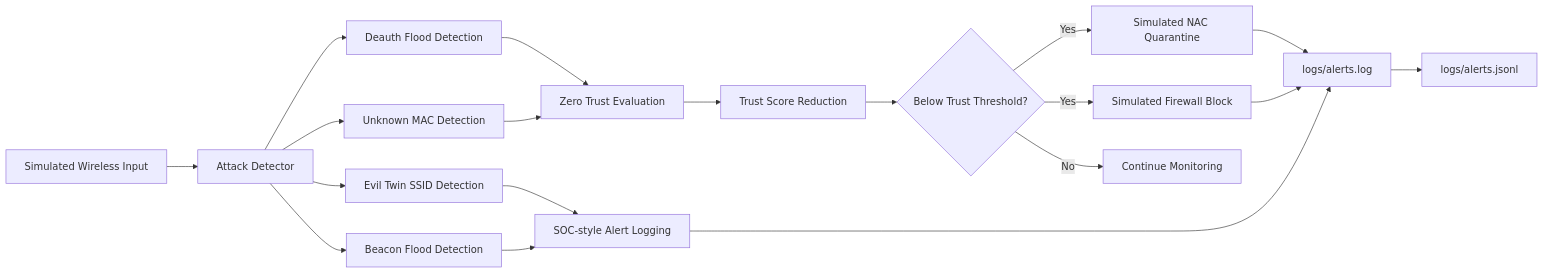
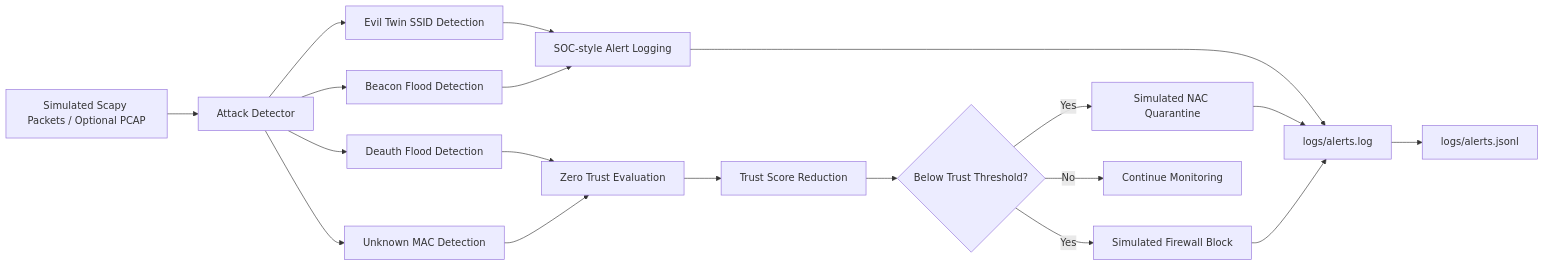
The diagram in README.md (sanyasachdeva1/ZeroTrust-Wireless-Security), drawn with Mermaid before and after one commit. The commit also changed other lines of this file, not shown here.

Commit message:
Fully update README for multi-detection wireless security lab

````diff
--- a/README.md
+++ b/README.md
@@ -41,21 +43,24 @@
 ```mermaid
 flowchart LR
-    A[Simulated Wireless Input] --> B[Attack Detector]
+    A[Simulated Scapy Packets / Optional PCAP] --> B[Attack Detector]
     B --> C[Deauth Flood Detection]
     B --> D[Unknown MAC Detection]
     B --> E[Evil Twin SSID Detection]
     B --> F[Beacon Flood Detection]
+
     C --> G[Zero Trust Evaluation]
     D --> G
     E --> H[SOC-style Alert Logging]
     F --> H
+
     G --> I[Trust Score Reduction]
     I --> J{Below Trust Threshold?}
     J -->|Yes| K[Simulated NAC Quarantine]
     J -->|Yes| L[Simulated Firewall Block]
     J -->|No| M[Continue Monitoring]
-    K --> N[logs/alerts.log]
+
+    H --> N[logs/alerts.log]
+    K --> N
     L --> N
-    H --> N
     N --> O[logs/alerts.jsonl]
 ```
````
